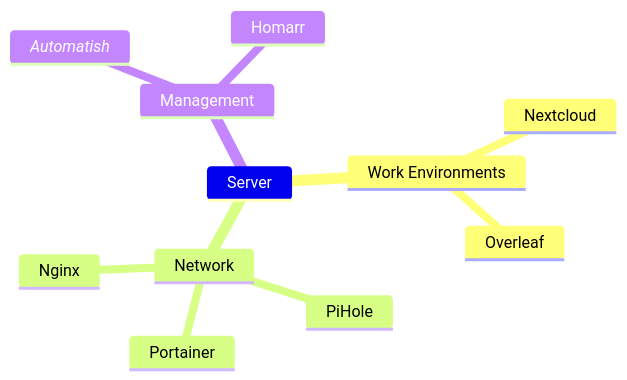
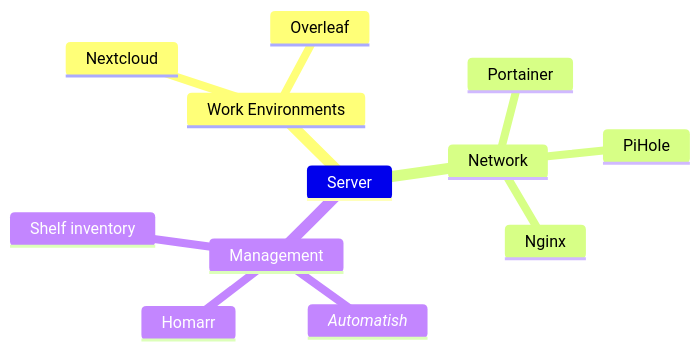
One commit to IE-Robotics-Lab/server changed the diagram in README.md. Above: the diagram before and after it, drawn with Mermaid.

````diff
--- a/README.md
+++ b/README.md
@@ -3,14 +3,15 @@
 ```mermaid
 mindmap
 Server
 	Work Environments
 	    Nextcloud
 	    Overleaf
 	Network
 		PiHole
 		Portainer
 		Nginx
 	Management
 		_Automatish_
 		Homarr
+		Shelf inventory
 ```
````
